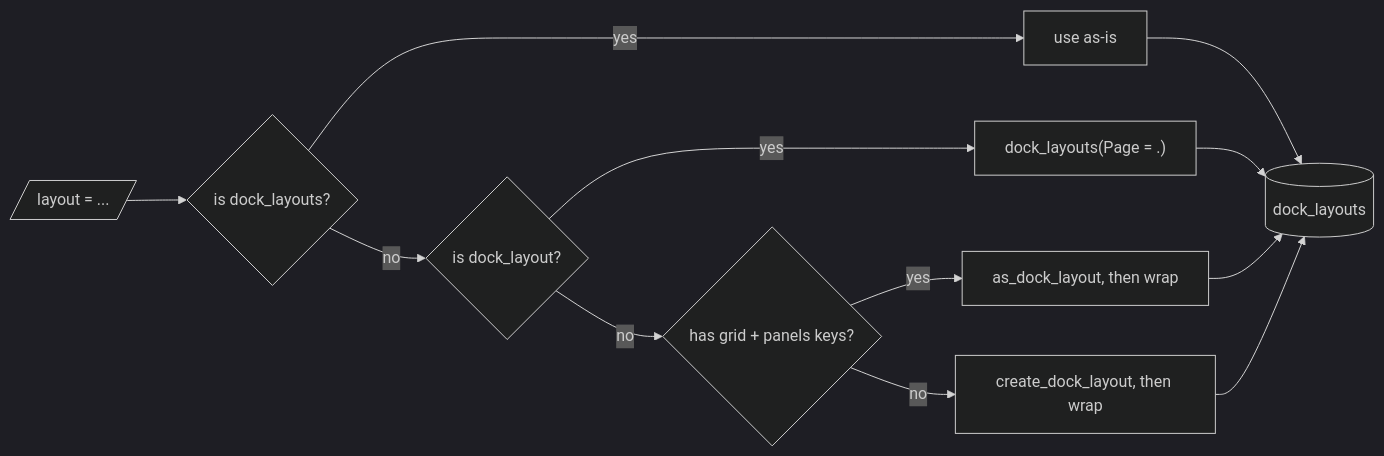
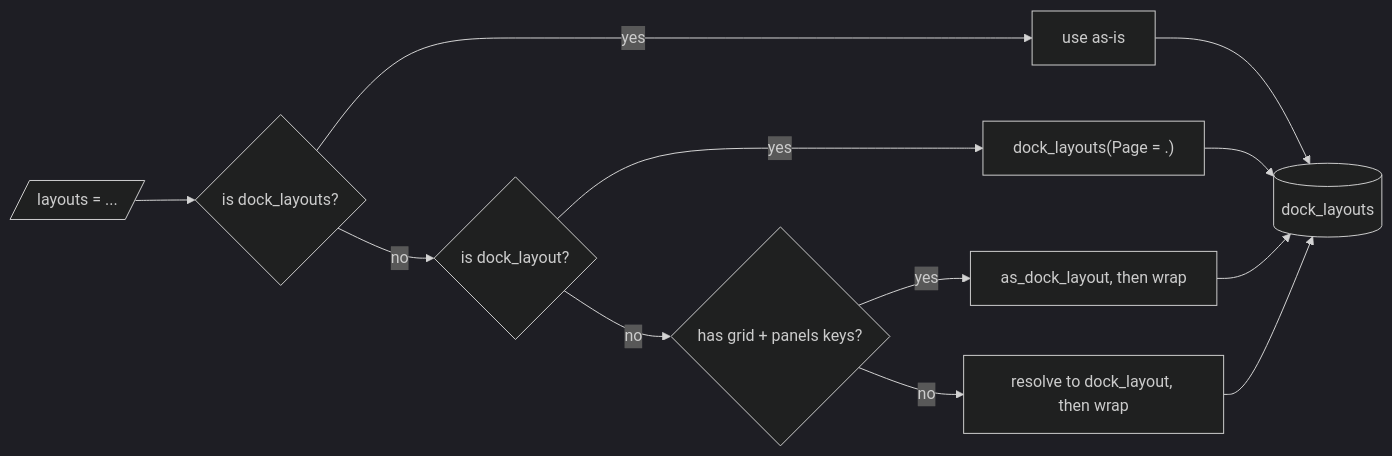
One commit to BristolMyersSquibb/blockr.dock changed the diagram in vignettes/mermaid/coercion-flow.mmd. Above: the diagram before and after it, drawn with Mermaid (dark theme). The commit also changed 7 other files, not shown here.

```diff
--- a/vignettes/mermaid/coercion-flow.mmd
+++ b/vignettes/mermaid/coercion-flow.mmd
@@ -1,12 +1,12 @@
 flowchart LR
-  in[/"layout = ..."/] --> q1{"is dock_layouts?"}
+  in[/"layouts = ..."/] --> q1{"is dock_layouts?"}
   q1 -- yes --> u1["use as-is"]
   q1 -- no --> q2{"is dock_layout?"}
   q2 -- yes --> u2["dock_layouts(Page = .)"]
   q2 -- no --> q3{"has grid + panels keys?"}
   q3 -- yes --> u3["as_dock_layout, then wrap"]
-  q3 -- no --> u4["create_dock_layout, then wrap"]
+  q3 -- no --> u4["resolve to dock_layout, then wrap"]
   u1 --> out[("dock_layouts")]
   u2 --> out
   u3 --> out
   u4 --> out
```
